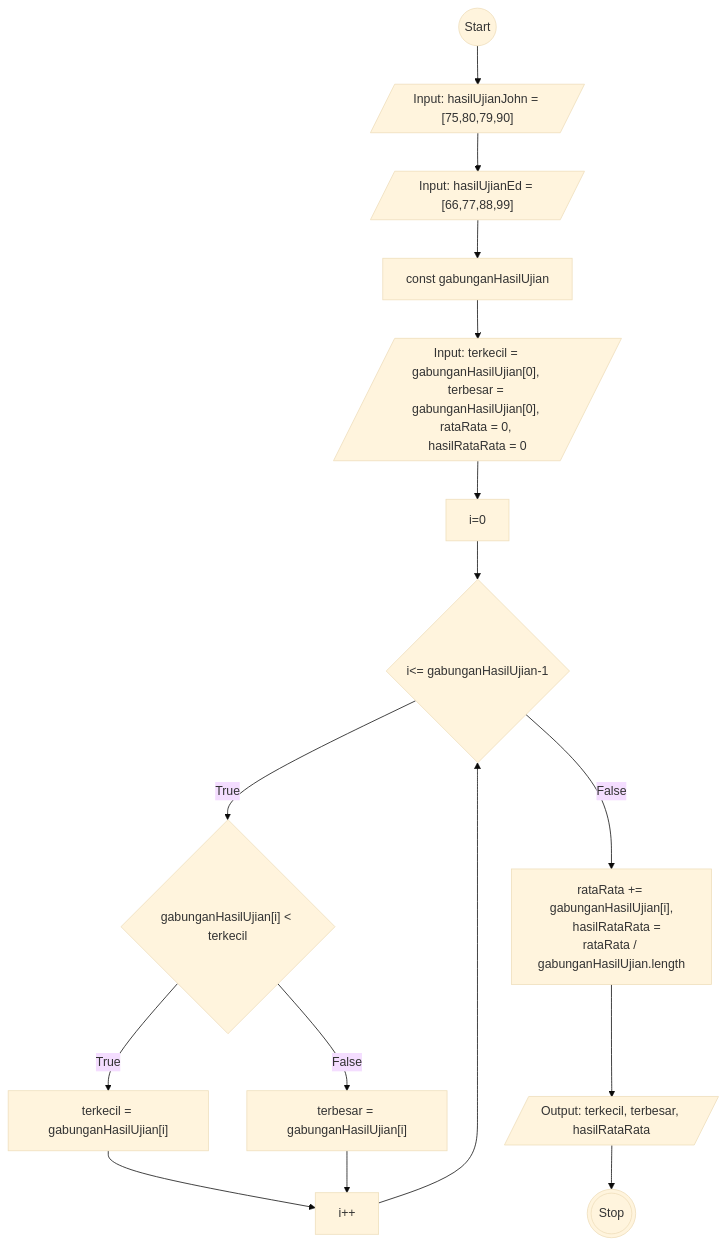
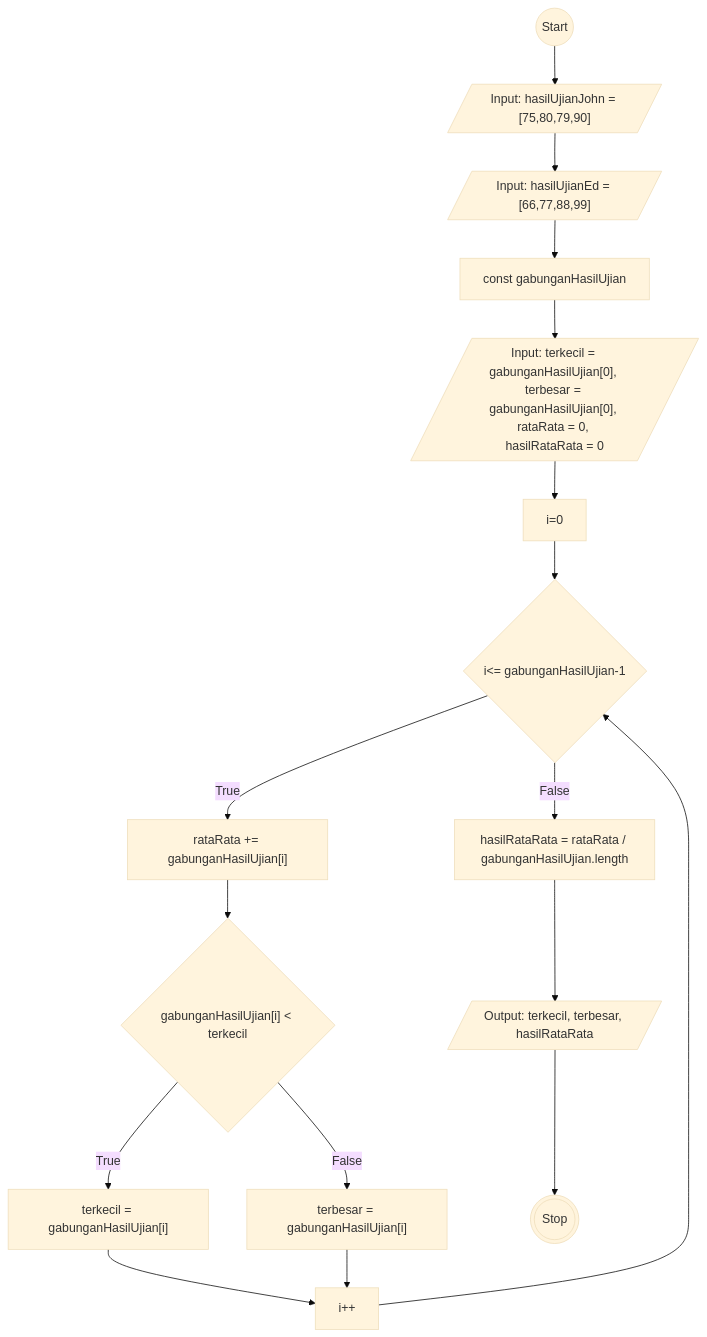
Before and after one commit to Vincentius31/koda-b6-javascript2: the diagram in task1.md, drawn with Mermaid (base theme). The commit also changed 1 other file, not shown here.

````diff
--- a/task1.md
+++ b/task1.md
@@ -1,32 +1,32 @@
 ```mermaid
 flowchart TD
 idStart((Start))
 idInputArr1[/"Input: hasilUjianJohn = [75,80,79,90]"/]
 idInputArr2[/"Input: hasilUjianEd = [66,77,88,99]"/]
 idProcessArr[const gabunganHasilUjian]
 idInput[/"Input: terkecil = gabunganHasilUjian[0], terbesar = gabunganHasilUjian[0], rataRata = 0, hasilRataRata = 0"/]
 idFor[i=0]
 idLoop{i<= gabunganHasilUjian-1}
+idRata["rataRata += gabunganHasilUjian[i]"]
 idKondisi{"gabunganHasilUjian[i] < terkecil"}
-idRataRata["rataRata += gabunganHasilUjian[i],
-    hasilRataRata = rataRata / gabunganHasilUjian.length"]
+idRataRata["hasilRataRata = rataRata / gabunganHasilUjian.length"]
 idKondisiTrue["terkecil = gabunganHasilUjian[i]"]
 idKondisiFalse["terbesar = gabunganHasilUjian[i]"]
 idIPlus["i++"]
 idHasil[/Output: terkecil, terbesar, hasilRataRata/]
 idStop(((Stop)))
 
 idStart --> idInputArr1 --> idInputArr2 --> idProcessArr --> idInput --> idFor --> idLoop
 
-idLoop -- True --> idKondisi
+idLoop -- True --> idRata --> idKondisi
 idLoop -- False --> idRataRata
 
 idKondisi -- True --> idKondisiTrue --> idIPlus
 idKondisi -- False --> idKondisiFalse --> idIPlus
 
 idIPlus --> idLoop
 idRataRata --> idHasil --> idStop
 
 
 
 ```
````
